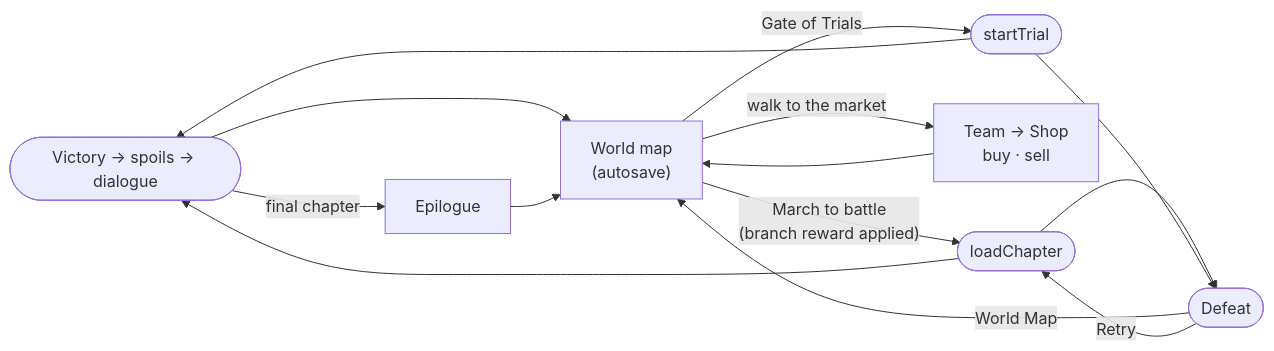
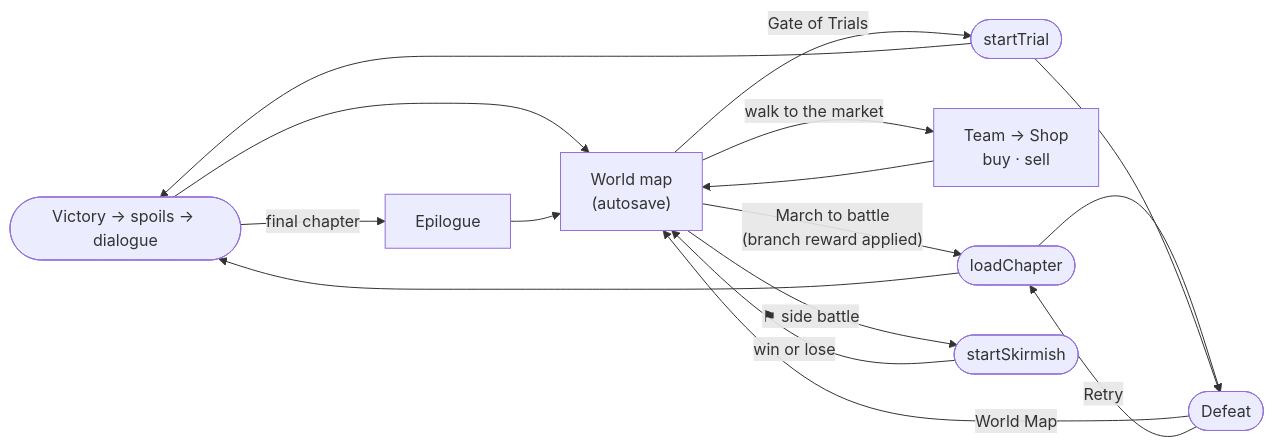
Before and after one commit to CptNope/Chess-RPG-Tactics: the third of 10 diagrams in docs/ARCHITECTURE.md, drawn with Mermaid. The commit also changed other lines of this file and 38 other files, not shown here.

````diff
--- a/docs/ARCHITECTURE.md
+++ b/docs/ARCHITECTURE.md
@@ -128,12 +130,14 @@
 ```mermaid
 flowchart LR
     Win(["Victory → spoils → dialogue"]) --> Map["World map<br/>(autosave)"]
     Lose(["Defeat"]) -->|"World Map"| Map
     Lose -->|"Retry"| Battle
     Map -->|"walk to the market"| Shop["Team → Shop<br/>buy · sell"] --> Map
     Map -->|"March to battle<br/>(branch reward applied)"| Battle(["loadChapter"])
     Map -->|"Gate of Trials"| Trial(["startTrial"])
+    Map -->|"⚑ side battle"| Side(["startSkirmish"])
+    Side -->|"win or lose"| Map
     Win -->|"final chapter"| Epi["Epilogue"] --> Map
     Battle --> Win & Lose
     Trial --> Win & Lose
 ```
````
